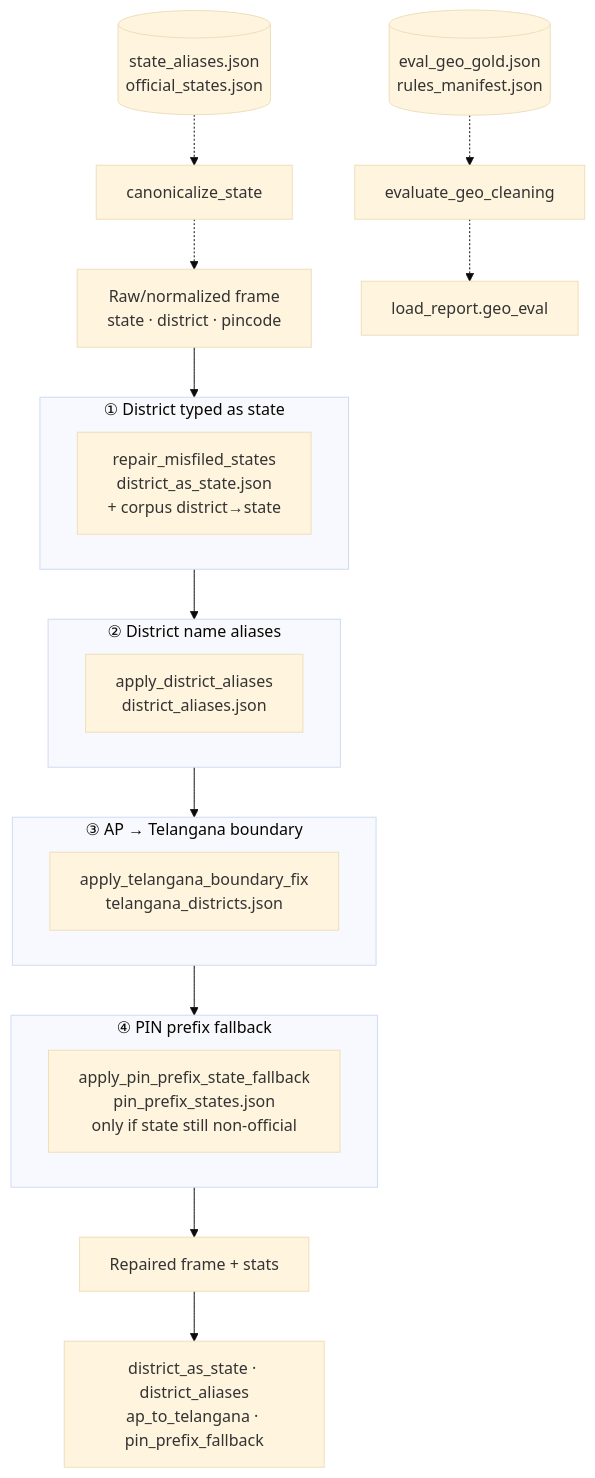
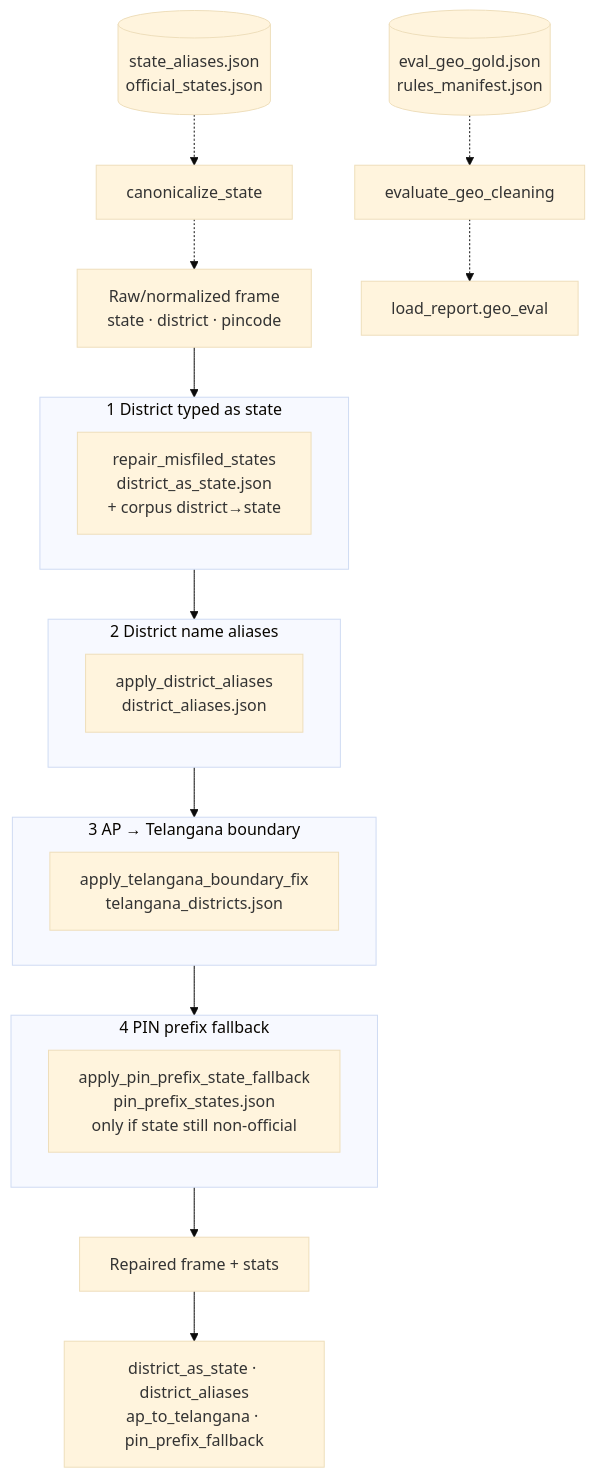
The eighth of 24 diagrams in flowchart.md (NetRunnerXD/Aadhaar-Intel-Engine-UIDAI), drawn with Mermaid (base theme) before and after one commit. The commit also changed other lines of this file and 1 other file, not shown here.

First line of the commit message:
docs: update flowchart and feature parity for dual UI stack

````diff
--- a/flowchart.md
+++ b/flowchart.md
@@ -194,31 +309,31 @@
 ```mermaid
 flowchart TD
     IN[Raw/normalized frame<br/>state · district · pincode] --> S1
 
-    subgraph S1["① District typed as state"]
+    subgraph S1["1 District typed as state"]
         DAS["repair_misfiled_states<br/>district_as_state.json<br/>+ corpus district→state"]
     end
 
     S1 --> S2
-    subgraph S2["② District name aliases"]
+    subgraph S2["2 District name aliases"]
         AL["apply_district_aliases<br/>district_aliases.json"]
     end
 
     S2 --> S3
-    subgraph S3["③ AP → Telangana boundary"]
+    subgraph S3["3 AP → Telangana boundary"]
         TS["apply_telangana_boundary_fix<br/>telangana_districts.json"]
     end
 
     S3 --> S4
-    subgraph S4["④ PIN prefix fallback"]
+    subgraph S4["4 PIN prefix fallback"]
         PF["apply_pin_prefix_state_fallback<br/>pin_prefix_states.json<br/>only if state still non-official"]
     end
 
     S4 --> OUT[Repaired frame + stats]
     OUT --> STATS["district_as_state · district_aliases<br/>ap_to_telangana · pin_prefix_fallback"]
 
     REF1[(state_aliases.json<br/>official_states.json)] -.-> CANON[canonicalize_state]
     CANON -.-> IN
     GOLD[(eval_geo_gold.json<br/>rules_manifest.json)] -.-> EV[evaluate_geo_cleaning]
     EV -.-> REPORT[load_report.geo_eval]
 ```
````
